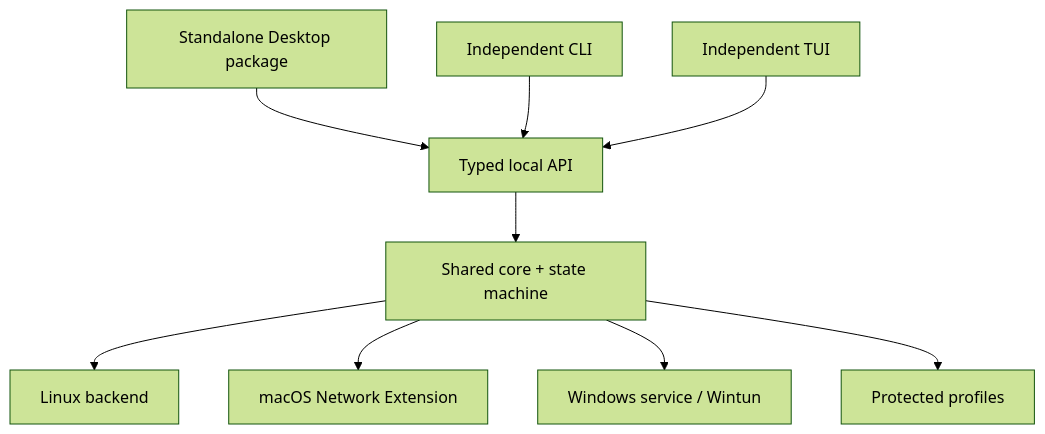
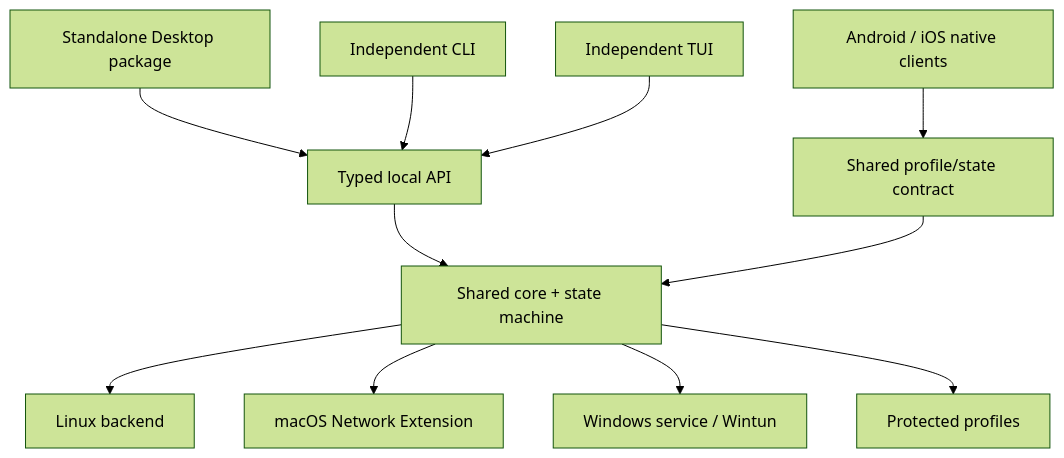
Before and after one commit to mazurovn/mazzy-vpn: the first of 2 diagrams in wiki/Desktop-Full-Application-Plan.md, drawn with Mermaid (forest theme). The commit also changed other lines of this file and 45 other files, not shown here.

````diff
--- a/wiki/Desktop-Full-Application-Plan.md
+++ b/wiki/Desktop-Full-Application-Plan.md
@@ -15,11 +15,13 @@
 ```mermaid
 flowchart TB
     Desktop["Standalone Desktop package"] --> API["Typed local API"]
     CLI["Independent CLI"] --> API
     TUI["Independent TUI"] --> API
     API --> Core["Shared core + state machine"]
     Core --> Linux["Linux backend"]
     Core --> Mac["macOS Network Extension"]
     Core --> Win["Windows service / Wintun"]
     Core --> Store["Protected profiles"]
+    Mobile["Android / iOS native clients"] --> Contract["Shared profile/state contract"]
+    Contract --> Core
 ```
````
